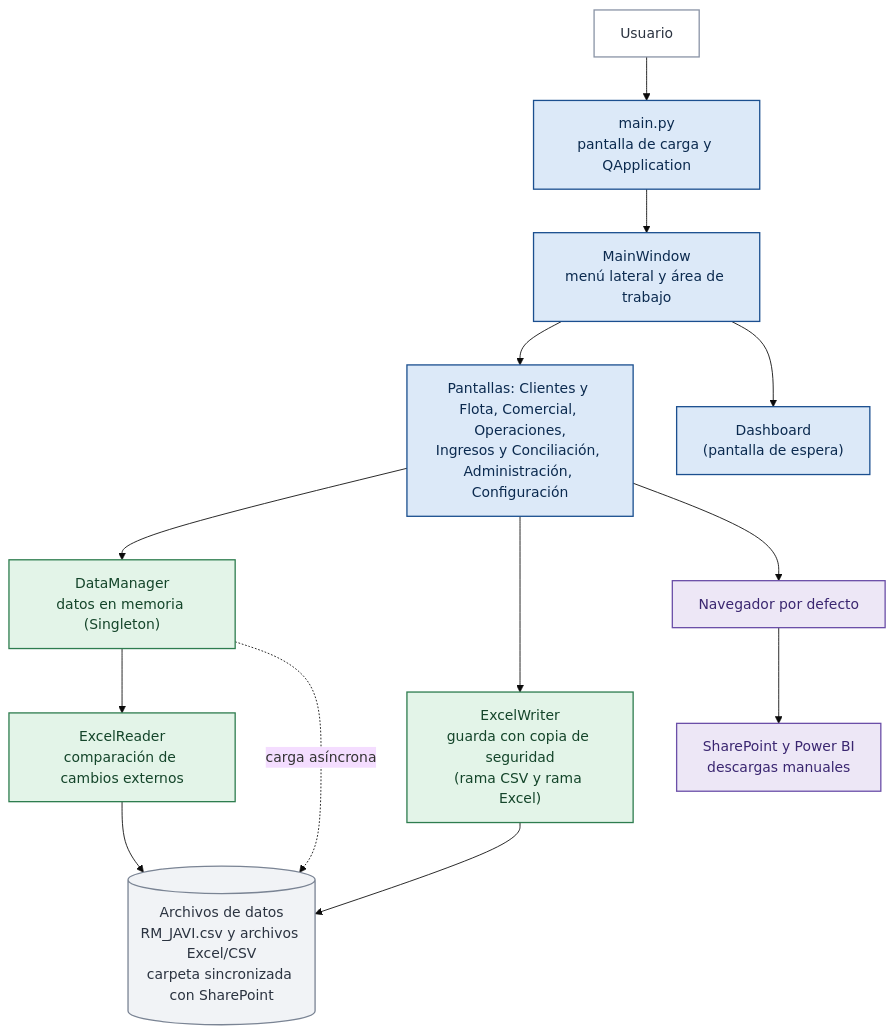
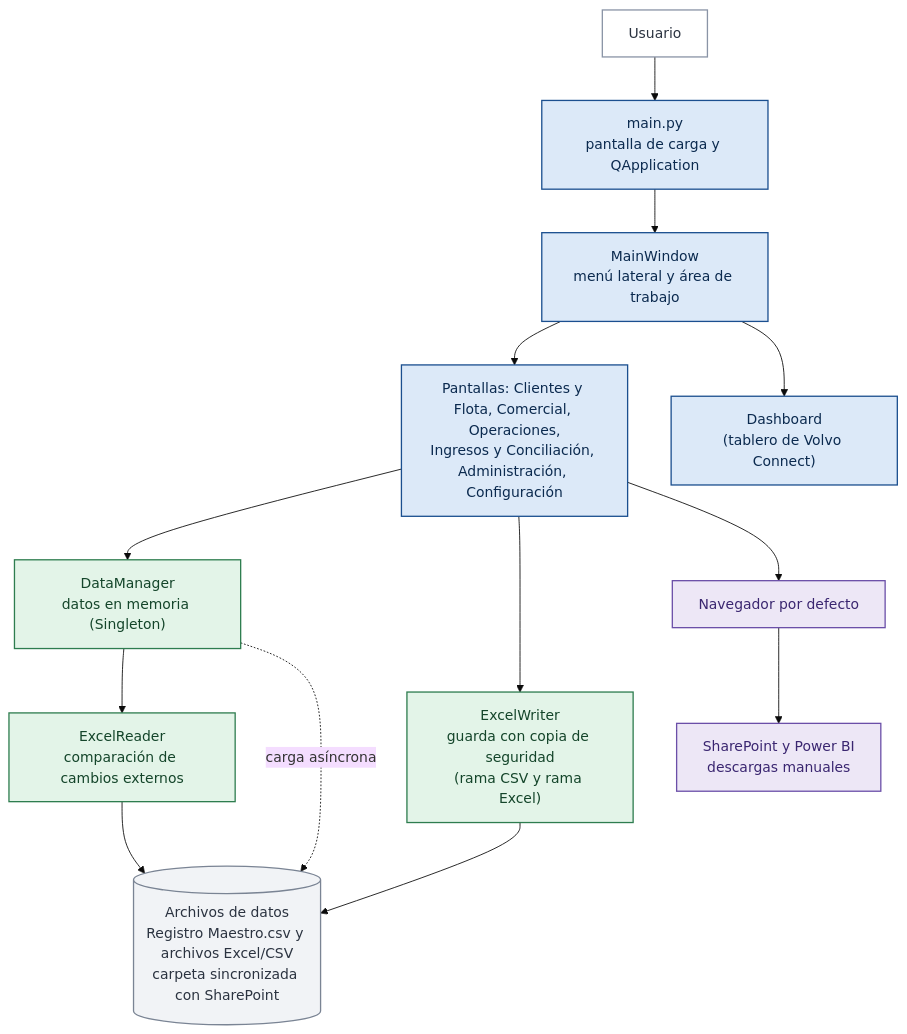
One commit to felipeMon20/PTY4614-302-EQUIPO-2 changed diagram 21 of 31 in Fase 2/Evidencias Proyecto/Evidencias de documentación/docs/08. Arquitectura Visual y Diagramas.md. Above: the diagram before and after it, drawn with Mermaid (base theme). The commit also changed other lines of this file and 315 other files, not shown here.

````diff
--- a/Fase 2/Evidencias Proyecto/Evidencias de documentación/docs/08. Arquitectura Visual y Diagramas.md
+++ b/Fase 2/Evidencias Proyecto/Evidencias de documentación/docs/08. Arquitectura Visual y Diagramas.md
@@ -720,23 +721,23 @@
 ```mermaid
 flowchart TD
     U["Usuario"]:::neutro --> M["main.py<br/>pantalla de carga y QApplication"]:::pantalla
     M --> MW["MainWindow<br/>menú lateral y área de trabajo"]:::pantalla
     MW --> UI["Pantallas: Clientes y Flota, Comercial, Operaciones,<br/>Ingresos y Conciliación, Administración, Configuración"]:::pantalla
     UI --> DM["DataManager<br/>datos en memoria (Singleton)"]:::accion
     UI --> EW["ExcelWriter<br/>guarda con copia de seguridad<br/>(rama CSV y rama Excel)"]:::accion
     DM --> ER["ExcelReader<br/>comparación de cambios externos"]:::accion
-    EW --> XLS[("Archivos de datos<br/>RM_JAVI.csv y archivos Excel/CSV<br/>carpeta sincronizada con SharePoint")]:::archivo
+    EW --> XLS[("Archivos de datos<br/>Registro Maestro.csv y archivos Excel/CSV<br/>carpeta sincronizada con SharePoint")]:::archivo
     ER --> XLS
     DM -.carga asíncrona.-> XLS
-    MW --> DASH["Dashboard<br/>(pantalla de espera)"]:::pantalla
+    MW --> DASH["Dashboard<br/>(tablero de Volvo Connect)"]:::pantalla
     UI --> BROWSER["Navegador por defecto"]:::externo
     BROWSER --> SP["SharePoint y Power BI<br/>descargas manuales"]:::externo
     classDef pantalla fill:#DCE9F8,stroke:#1B4F8F,color:#0B2A4F,stroke-width:1.5px
     classDef grupo fill:#1B4F8F,stroke:#0B2A4F,color:#FFFFFF,stroke-width:1.5px
     classDef accion fill:#E3F4E8,stroke:#2E7D4F,color:#14452A,stroke-width:1.5px
     classDef archivo fill:#F1F3F6,stroke:#7A8494,color:#2B3340,stroke-width:1.5px
     classDef externo fill:#EDE7F6,stroke:#6B4FA8,color:#3A2670,stroke-width:1.5px
     classDef alerta fill:#FDECEC,stroke:#B3372F,color:#6E1712,stroke-width:1.5px
     classDef aviso fill:#FFF4D6,stroke:#B58100,color:#5C4300,stroke-width:1.5px
     classDef neutro fill:#FFFFFF,stroke:#8A94A6,color:#2B3340,stroke-width:1.5px
 ```
````
